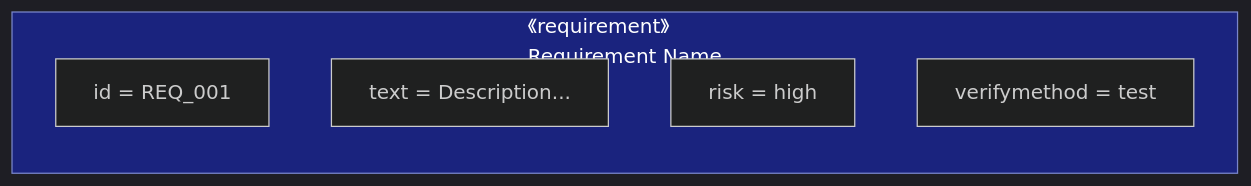
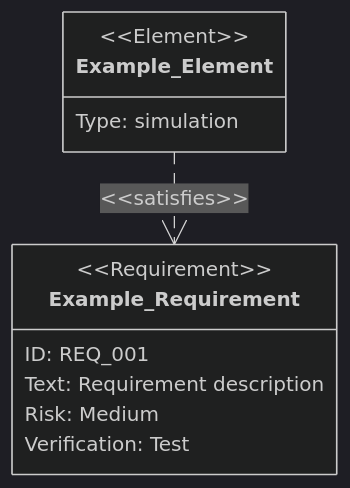
Before and after one commit to ToshikiImagawa/ai-sdd-workflow: the fourth of 20 diagrams in plugins/sdd-workflow/shared/references/requirements_diagram_components.md, drawn with Mermaid. The commit also changed other lines of this file and 2 other files, not shown here.

Commit message:
要件図の構文をMermaidの標準仕様に基づき全面更新し、関連記述を最新化。要素、属性、関係性定義の詳細例および記法ガイドを強化。

````diff
--- a/plugins/sdd-workflow/shared/references/requirements_diagram_components.md
+++ b/plugins/sdd-workflow/shared/references/requirements_diagram_components.md
@@ -100,15 +121,17 @@
 ```mermaid
 %%{init: {'theme': 'dark'}}%%
-flowchart TB
-    subgraph Requirement ["《requirement》<br/>Requirement Name"]
-        direction TB
-        attr1["id = REQ_001"]
-        attr2["text = Description..."]
-        attr3["risk = high"]
-        attr4["verifymethod = test"]
-    end
+requirementDiagram
 
-    classDef req fill:#1a237e,stroke:#7986cb,color:#fff
+    requirement Example_Requirement {
+        id: REQ_001
+        text: "Requirement description"
+        risk: medium
+        verifymethod: test
+    }
 
-    class Requirement req
+    element Example_Element {
+        type: simulation
+    }
+
+    Example_Element - satisfies -> Example_Requirement
 ```
````
